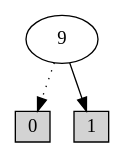
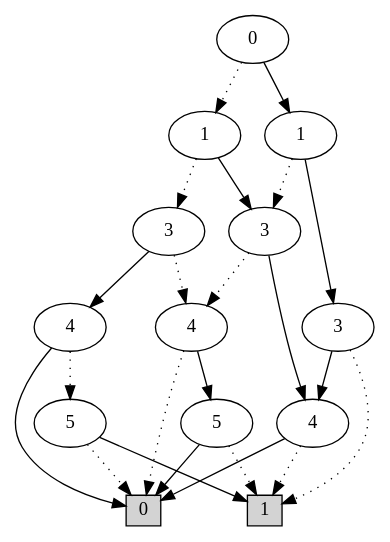
Before and after one commit to MieskeB/2IMF25: the diagram in ass6/res/circuit01/U45.dot, drawn with Graphviz. The commit also changed 830 other files, not shown here.

```diff
--- a/ass6/res/circuit01/U45.dot
+++ b/ass6/res/circuit01/U45.dot
@@ -1,7 +1,37 @@
 digraph G {
 0 [shape=box, label="0", style=filled, shape=box, height=0.3, width=0.3];
 1 [shape=box, label="1", style=filled, shape=box, height=0.3, width=0.3];
-20 [label="9"];
-20 -> 0 [style=dotted];
-20 -> 1 [style=filled];
+245 [label="0"];
+245 -> 242 [style=dotted];
+245 -> 244 [style=filled];
+242 [label="1"];
+242 -> 240 [style=dotted];
+242 -> 241 [style=filled];
+240 [label="3"];
+240 -> 222 [style=dotted];
+240 -> 208 [style=filled];
+222 [label="4"];
+222 -> 0 [style=dotted];
+222 -> 13 [style=filled];
+13 [label="5"];
+13 -> 1 [style=dotted];
+13 -> 0 [style=filled];
+208 [label="4"];
+208 -> 12 [style=dotted];
+208 -> 0 [style=filled];
+12 [label="5"];
+12 -> 0 [style=dotted];
+12 -> 1 [style=filled];
+241 [label="3"];
+241 -> 222 [style=dotted];
+241 -> 11 [style=filled];
+11 [label="4"];
+11 -> 1 [style=dotted];
+11 -> 0 [style=filled];
+244 [label="1"];
+244 -> 241 [style=dotted];
+244 -> 243 [style=filled];
+243 [label="3"];
+243 -> 1 [style=dotted];
+243 -> 11 [style=filled];
 }
```
